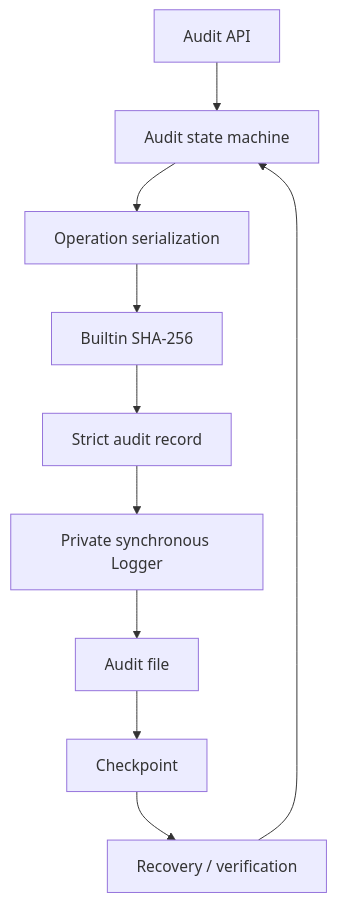
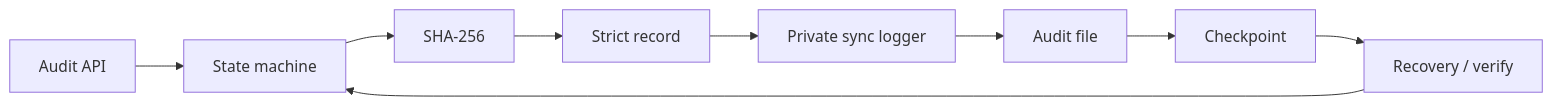
The fifth of 5 diagrams in docs/ARCHITECTURE.md (MyBlackHole/c-logger), drawn with Mermaid before and after one commit. The commit also changed other lines of this file and 4 other files, not shown here.

Commit message:
docs: separate architecture review invariants

````diff
--- a/docs/ARCHITECTURE.md
+++ b/docs/ARCHITECTURE.md
@@ -833,22 +644,14 @@
 ```mermaid
-flowchart TB
+flowchart LR
     API["Audit API"]
-    State["Audit state machine"]
-    Op["Operation serialization"]
-    Digest["Builtin SHA-256"]
-    Record["Strict audit record"]
-    SyncLogger["Private synchronous Logger"]
+    State["State machine"]
+    Hash["SHA-256"]
+    Log["Strict record"]
+    Logger["Private sync logger"]
     File["Audit file"]
     Ckpt["Checkpoint"]
-    Recovery["Recovery / verification"]
+    Recovery["Recovery / verify"]
 
-    API --> State
-    State --> Op
-    Op --> Digest
-    Digest --> Record
-    Record --> SyncLogger
-    SyncLogger --> File
-    File --> Ckpt
-    Ckpt --> Recovery
-    Recovery --> State
+    API --> State --> Hash --> Log --> Logger --> File --> Ckpt
+    Ckpt --> Recovery --> State
 ```
````
